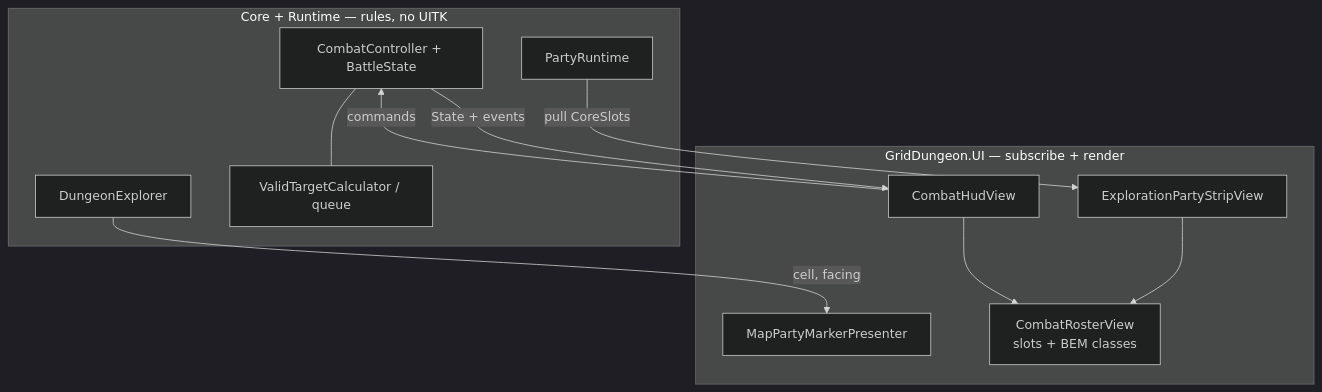
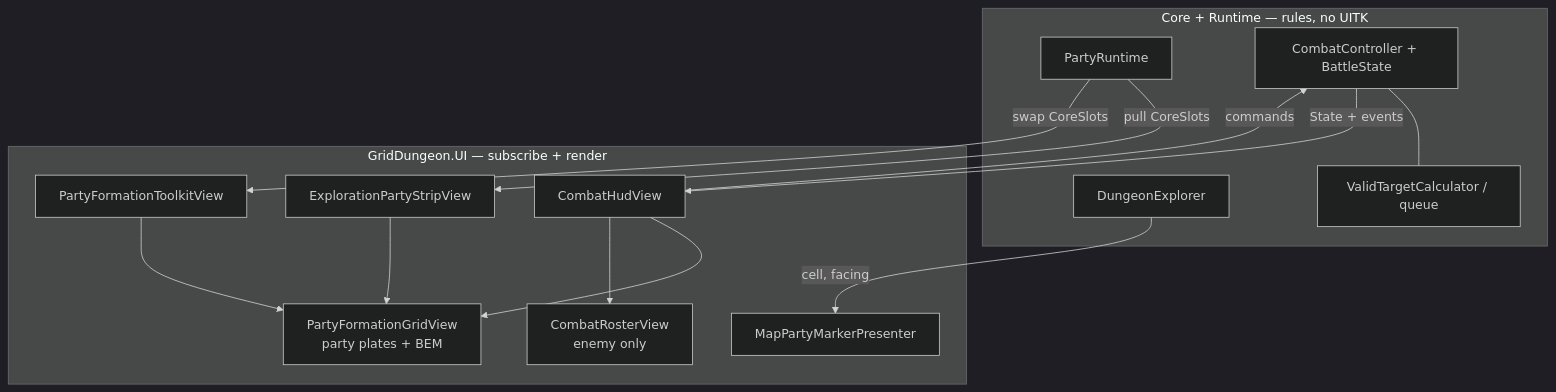
Before and after one commit to miramocha/griddungeon-design-docs: the third of 3 diagrams in docs/04-dev/custom-party-ui.md, drawn with Mermaid (dark theme). The commit also changed other lines of this file and 2 other files, not shown here.

First line of the commit message:
docs(ui): party formation floater and combat log layout

````diff
--- a/docs/04-dev/custom-party-ui.md
+++ b/docs/04-dev/custom-party-ui.md
@@ -66,24 +67,29 @@
 ```mermaid
 flowchart TB
   subgraph core_runtime [Core + Runtime — rules, no UITK]
     PR[PartyRuntime]
     CC[CombatController + BattleState]
     DE[DungeonExplorer]
     VTC[ValidTargetCalculator / queue]
     CC --- VTC
   end
 
   subgraph ui_layer [GridDungeon.UI — subscribe + render]
     EPS[ExplorationPartyStripView]
     CHV[CombatHudView]
+    PFV[PartyFormationToolkitView]
     MPM[MapPartyMarkerPresenter]
-    CRV["CombatRosterView<br/>slots + BEM classes"]
+    PFG["PartyFormationGridView<br/>party plates + BEM"]
+    CRV["CombatRosterView<br/>enemy only"]
   end
 
   PR -->|pull CoreSlots| EPS
+  PR -->|swap CoreSlots| PFV
   CC -->|State + events| CHV
   DE -->|cell, facing| MPM
-  EPS --> CRV
+  EPS --> PFG
+  CHV --> PFG
+  PFV --> PFG
   CHV --> CRV
   CHV -->|commands| CC
 ```
````
